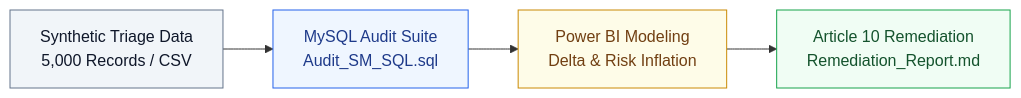
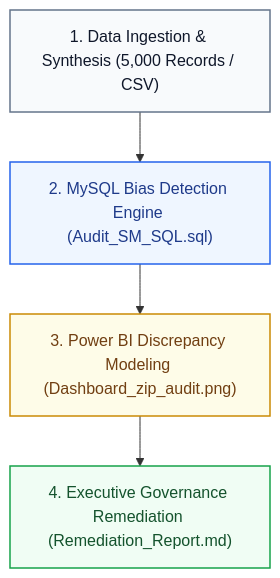
Before and after one commit to Vasu2804/clinical-ai-bias-audit: the diagram in README.md, drawn with Mermaid.

````diff
--- a/README.md
+++ b/README.md
@@ -41,11 +41,17 @@
 ```mermaid
-flowchart LR
-    A[Synthetic Triage Data<br/>5,000 Records / CSV] --> B[MySQL Audit Suite<br/>Audit_SM_SQL.sql]
-    B --> C[Power BI Modeling<br/>Delta & Risk Inflation]
-    C --> D[Article 10 Remediation<br/>Remediation_Report.md]
-    
-    style A fill:#f1f5f9,stroke:#64748b,stroke-width:1px,color:#0f172a
-    style B fill:#eff6ff,stroke:#2563eb,stroke-width:1px,color:#1e3a8a
-    style C fill:#fefce8,stroke:#ca8a04,stroke-width:1px,color:#713f12
-    style D fill:#f0fdf4,stroke:#16a34a,stroke-width:1px,color:#14532d
+flowchart TD
+    A["1. Data Ingestion & Synthesis (5,000 Records / CSV)"]
+    B["2. MySQL Bias Detection Engine (Audit_SM_SQL.sql)"]
+    C["3. Power BI Discrepancy Modeling (Dashboard_zip_audit.png)"]
+    D["4. Executive Governance Remediation (Remediation_Report.md)"]
+
+    A --> B
+    B --> C
+    C --> D
+
+    style A fill:#f8fafc,stroke:#64748b,stroke-width:1.5px,color:#0f172a
+    style B fill:#eff6ff,stroke:#2563eb,stroke-width:1.5px,color:#1e3a8a
+    style C fill:#fefce8,stroke:#ca8a04,stroke-width:1.5px,color:#713f12
+    style D fill:#f0fdf4,stroke:#16a34a,stroke-width:1.5px,color:#14532d
+
 ```
````
